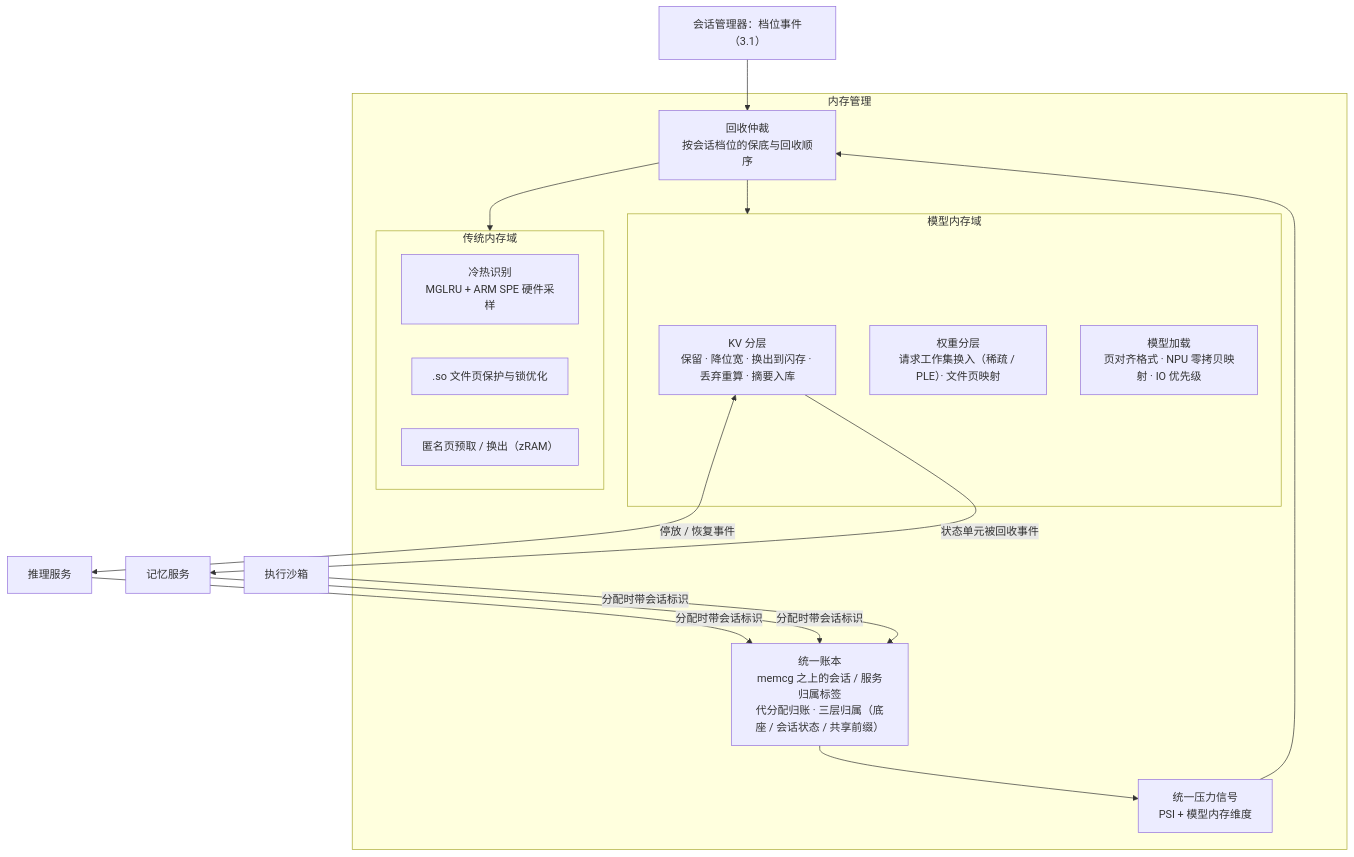
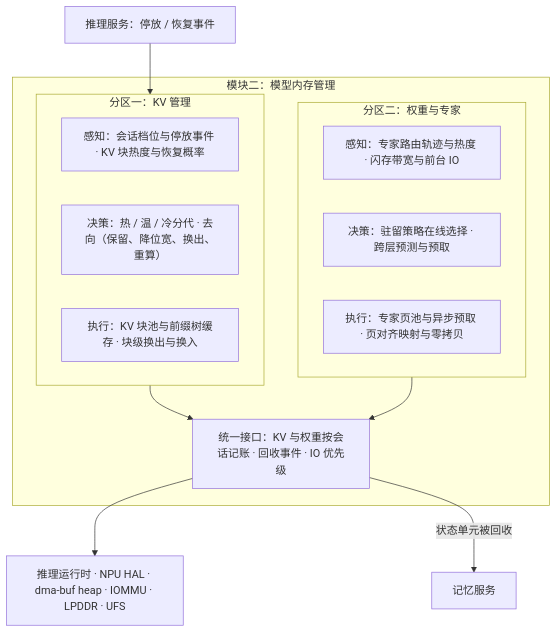
Before and after one commit to SiriusBHU/memory_system_architecture_summary: the second of 2 diagrams in proposals/agentos-components/report/3-内存管理.md, drawn with Mermaid. The commit also changed other lines of this file and 82 other files, not shown here.

````diff
--- a/proposals/agentos-components/report/3-内存管理.md
+++ b/proposals/agentos-components/report/3-内存管理.md
@@ -36,28 +77,21 @@
 ```mermaid
 flowchart TB
-    SM["会话管理器：档位事件（3.1）"]
-    subgraph MM["内存管理"]
-        LEDGER["统一账本\nmemcg 之上的会话 / 服务归属标签\n代分配归账 · 三层归属（底座 / 会话状态 / 共享前缀）"]
-        PSI["统一压力信号\nPSI + 模型内存维度"]
-        subgraph D1["传统内存域"]
-            HOT["冷热识别\nMGLRU + ARM SPE 硬件采样"]
-            SO[".so 文件页保护与锁优化"]
-            SWP["匿名页预取 / 换出（zRAM）"]
+    INF["推理服务：停放 / 恢复事件"]
+    subgraph B["模块二：模型内存管理"]
+        subgraph Q1["分区一：KV 管理"]
+            K1["感知：会话档位与停放事件 · KV 块热度与恢复概率"]
+            K2["决策：热 / 温 / 冷分代 · 去向（保留、降位宽、换出、重算）"]
+            K3["执行：KV 块池与前缀树缓存 · 块级换出与换入"]
         end
-        subgraph D2["模型内存域"]
-            KV["KV 分层\n保留 · 降位宽 · 换出到闪存 · 丢弃重算 · 摘要入库"]
-            WT["权重分层\n请求工作集换入（稀疏 / PLE）· 文件页映射"]
-            LOAD["模型加载\n页对齐格式 · NPU 零拷贝映射 · IO 优先级"]
+        subgraph Q2["分区二：权重与专家"]
+            W1["感知：专家路由轨迹与热度 · 闪存带宽与前台 IO"]
+            W2["决策：驻留策略在线选择 · 跨层预测与预取"]
+            W3["执行：专家页池与异步预取 · 页对齐映射与零拷贝"]
         end
-        POLICY["回收仲裁\n按会话档位的保底与回收顺序"]
+        IF["统一接口：KV 与权重按会话记账 · 回收事件 · IO 优先级"]
     end
-    INF["推理服务"]
-    SBX["执行沙箱"]
-    MEM["记忆服务"]
-    SM --> POLICY
-    INF & SBX & MEM -->|"分配时带会话标识"| LEDGER
-    LEDGER --> PSI --> POLICY
-    POLICY --> D1 & D2
-    KV <-->|"停放 / 恢复事件"| INF
-    KV -->|"状态单元被回收事件"| MEM
+    HW["推理运行时 · NPU HAL · dma-buf heap · IOMMU · LPDDR · UFS"]
+    INF --> Q1
+    Q1 & Q2 --> IF --> HW
+    IF -->|"状态单元被回收"| MEM["记忆服务"]
 ```
````
